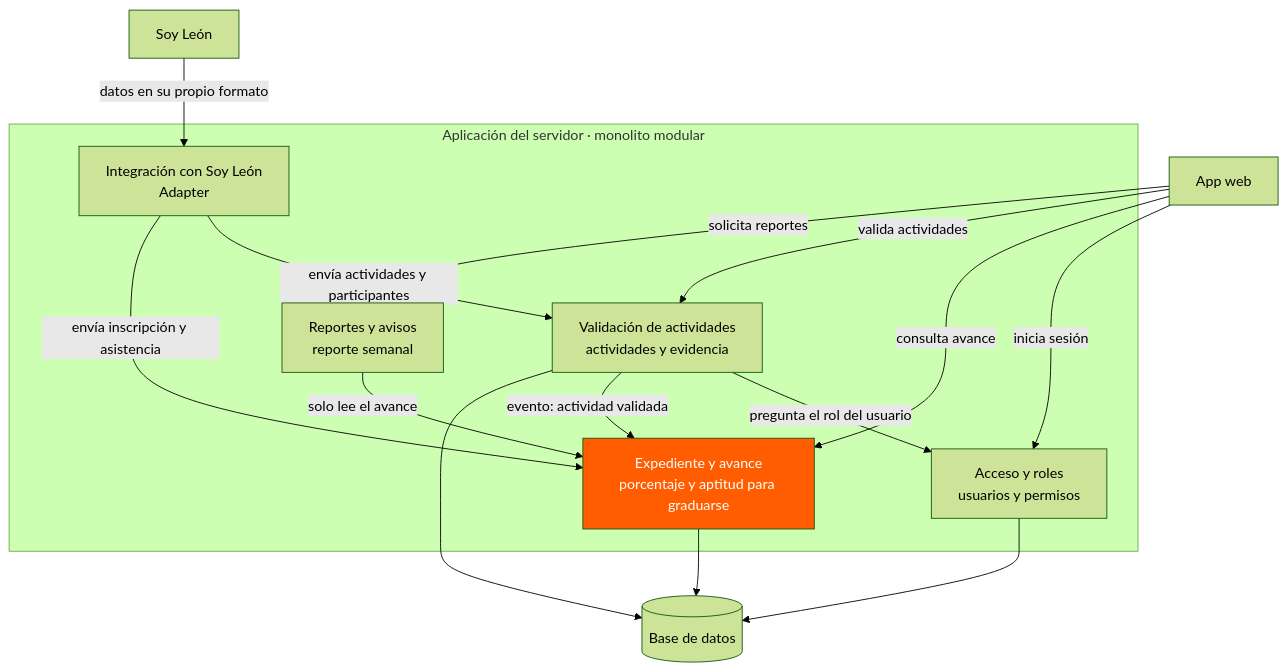
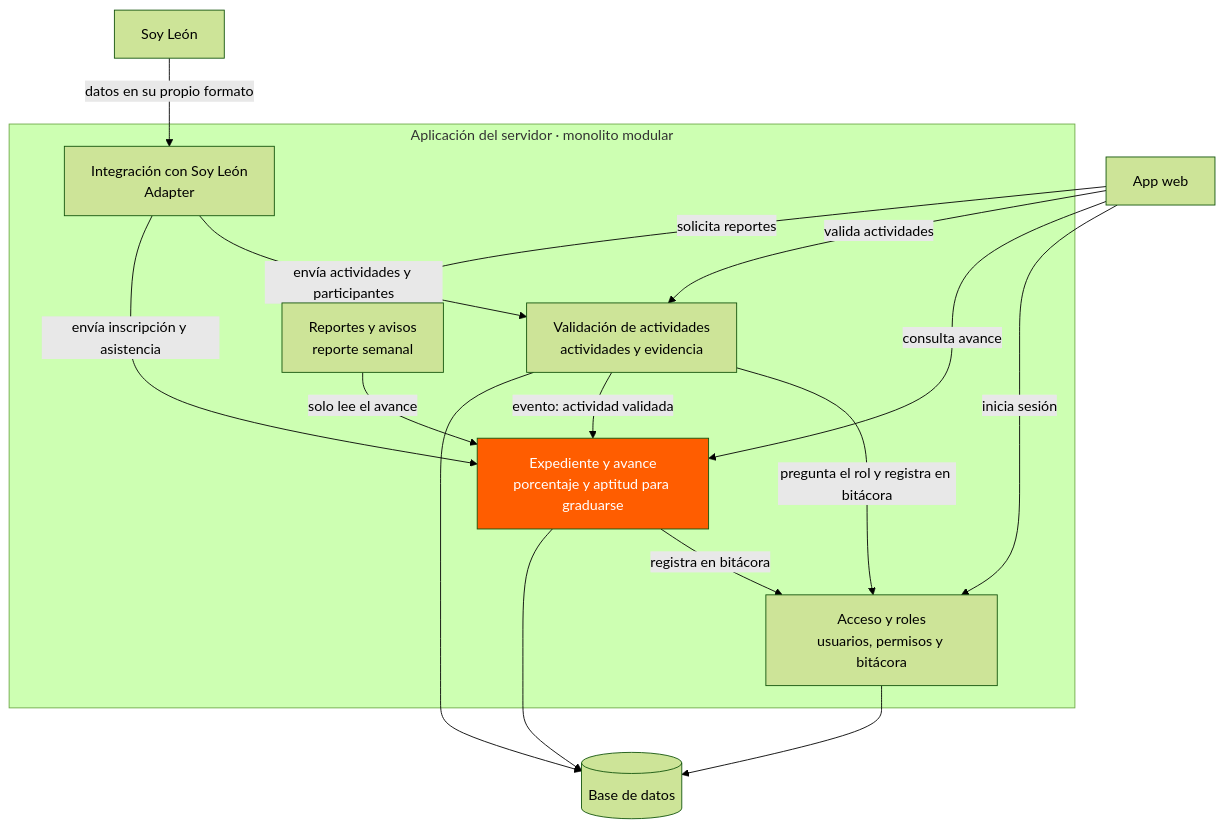
One commit to Victorflores06/PLEAS-Tracker- changed the third of 3 diagrams in docs/arch/diagramas-sistema.md. Above: the diagram before and after it, drawn with Mermaid (forest theme).

Commit message:
Update user roles and logging in system diagram

````diff
--- a/docs/arch/diagramas-sistema.md
+++ b/docs/arch/diagramas-sistema.md
@@ -49,33 +49,34 @@
 ```mermaid
 flowchart TD
     web[App web]
 
     subgraph app["Aplicación del servidor · monolito modular"]
-        acceso["Acceso y roles<br/>usuarios y permisos"]
+        acceso["Acceso y roles<br/>usuarios, permisos y bitácora"]
         exp["Expediente y avance<br/>porcentaje y aptitud para graduarse"]
         val["Validación de actividades<br/>actividades y evidencia"]
         rep["Reportes y avisos<br/>reporte semanal"]
         integ["Integración con Soy León<br/>Adapter"]
     end
 
     db[("Base de datos")]
     soy[Soy León]
 
     web -->|inicia sesión| acceso
     web -->|consulta avance| exp
     web -->|valida actividades| val
     web -->|solicita reportes| rep
 
-    val -->|pregunta el rol del usuario| acceso
+    val -->|pregunta el rol y registra en bitácora| acceso
+    exp -->|registra en bitácora| acceso
     val -->|evento: actividad validada| exp
     integ -->|envía actividades y participantes| val
     integ -->|envía inscripción y asistencia| exp
     rep -->|solo lee el avance| exp
     soy -->|datos en su propio formato| integ
 
     acceso --> db
     exp --> db
     val --> db
 
     style exp fill:#ff5d00,color:#fff
 ```
````
